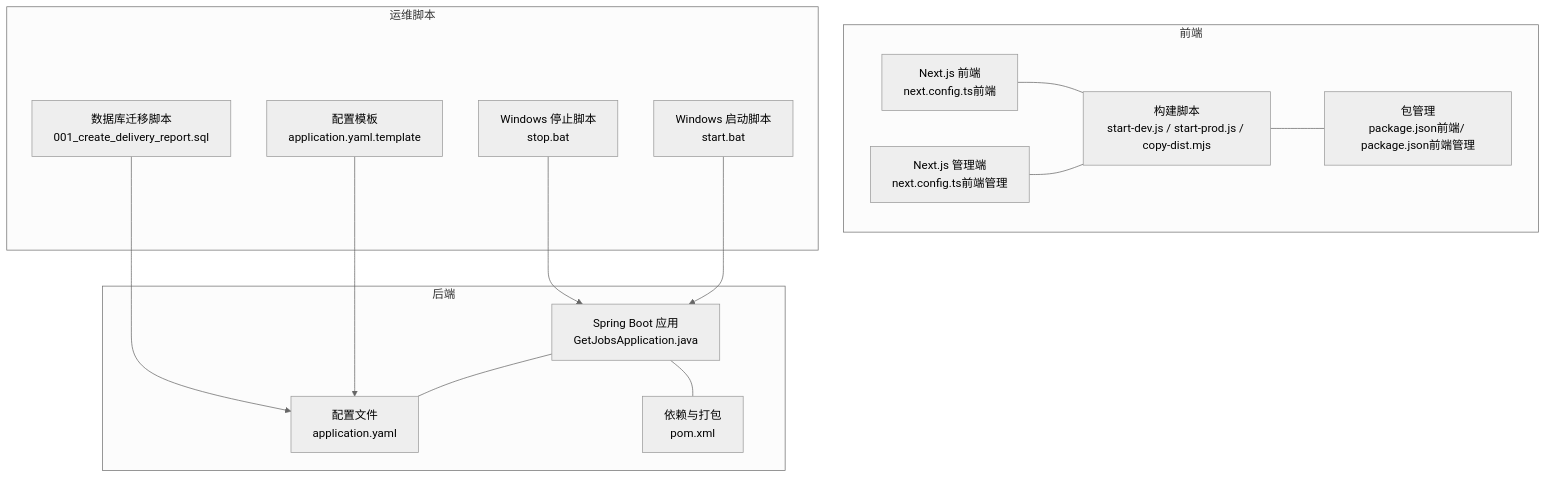
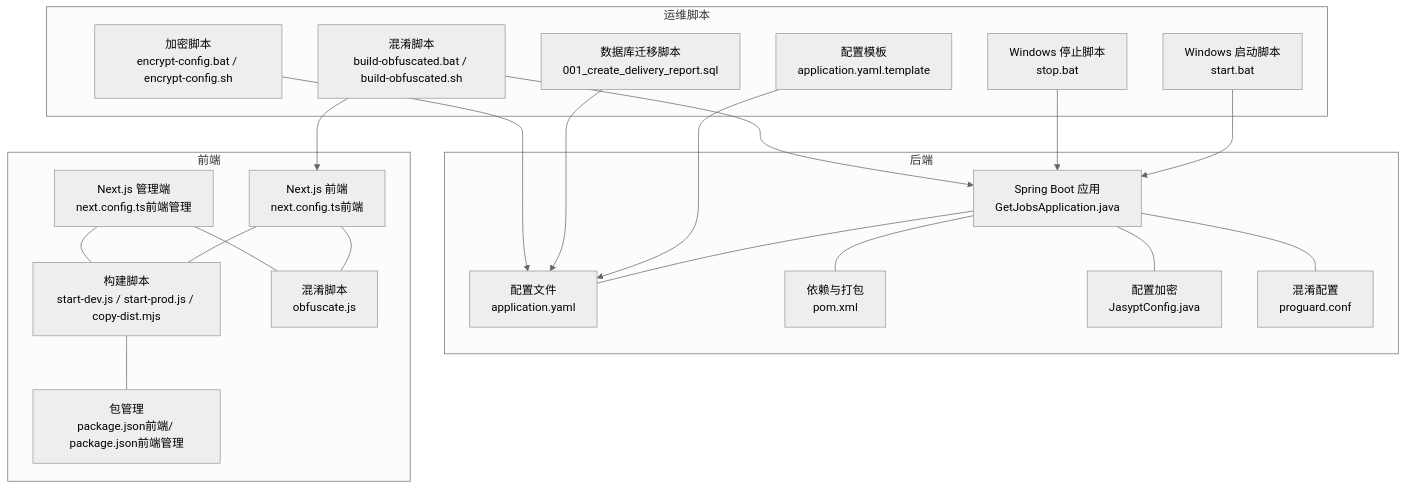
The first of 7 diagrams in .qoder/repowiki/zh/content/部署运维/部署运维.md (xulingfeng931027/get_jobs), drawn with Mermaid (neutral theme) before and after one commit. The commit also changed other lines of this file and 74 other files, not shown here.

````diff
--- a/.qoder/repowiki/zh/content/部署运维/部署运维.md
+++ b/.qoder/repowiki/zh/content/部署运维/部署运维.md
@@ -42,29 +66,41 @@
 ```mermaid
 graph TB
 subgraph "后端"
 A["Spring Boot 应用<br/>GetJobsApplication.java"]
 B["配置文件<br/>application.yaml"]
 C["依赖与打包<br/>pom.xml"]
+D["配置加密<br/>JasyptConfig.java"]
+E["混淆配置<br/>proguard.conf"]
 end
 subgraph "前端"
-D["Next.js 前端<br/>next.config.ts前端"]
-E["Next.js 管理端<br/>next.config.ts前端管理"]
-F["构建脚本<br/>start-dev.js / start-prod.js / copy-dist.mjs"]
-G["包管理<br/>package.json前端/ package.json前端管理"]
+F["Next.js 前端<br/>next.config.ts前端"]
+G["Next.js 管理端<br/>next.config.ts前端管理"]
+H["构建脚本<br/>start-dev.js / start-prod.js / copy-dist.mjs"]
+I["混淆脚本<br/>obfuscate.js"]
+J["包管理<br/>package.json前端/ package.json前端管理"]
 end
 subgraph "运维脚本"
-H["Windows 启动脚本<br/>start.bat"]
-I["Windows 停止脚本<br/>stop.bat"]
-J["配置模板<br/>application.yaml.template"]
-K["数据库迁移脚本<br/>001_create_delivery_report.sql"]
+K["Windows 启动脚本<br/>start.bat"]
+L["Windows 停止脚本<br/>stop.bat"]
+M["配置模板<br/>application.yaml.template"]
+N["数据库迁移脚本<br/>001_create_delivery_report.sql"]
+O["加密脚本<br/>encrypt-config.bat / encrypt-config.sh"]
+P["混淆脚本<br/>build-obfuscated.bat / build-obfuscated.sh"]
 end
 A --- B
 A --- C
-D --- F
-E --- F
-F --- G
-H --> A
-I --> A
-J --> B
-K --> B
+A --- D
+A --- E
+F --- H
+G --- H
+F --- I
+G --- I
+H --- J
+K --> A
+L --> A
+M --> B
+N --> B
+O --> B
+P --> A
+P --> F
 ```
````
